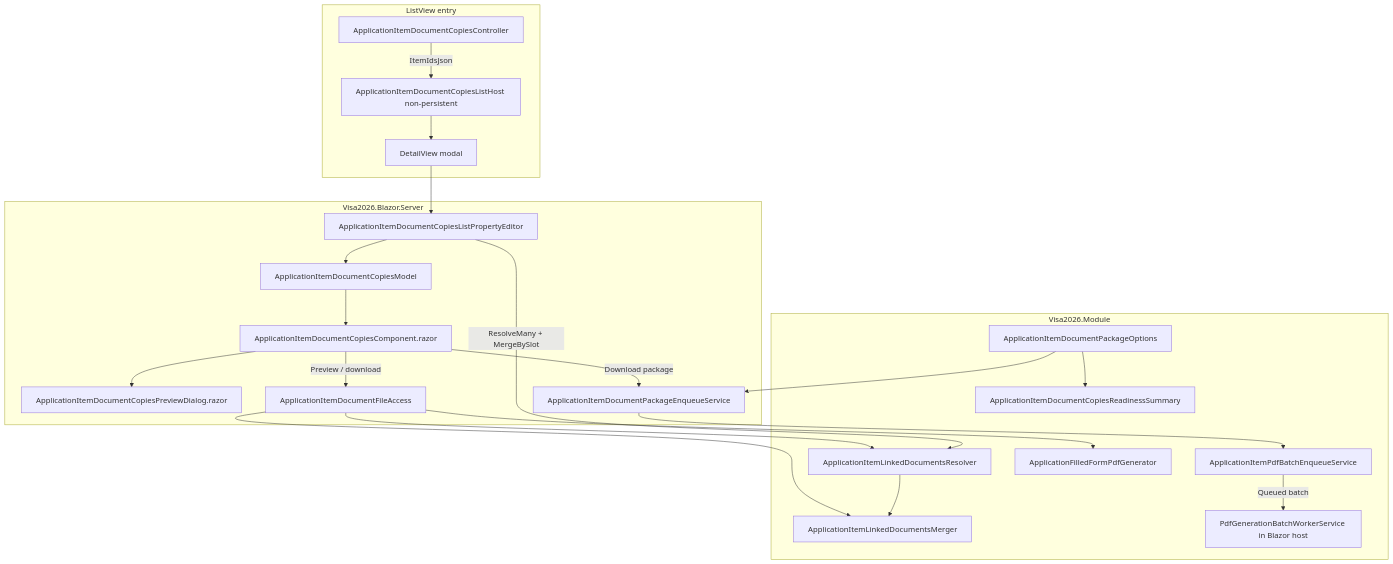
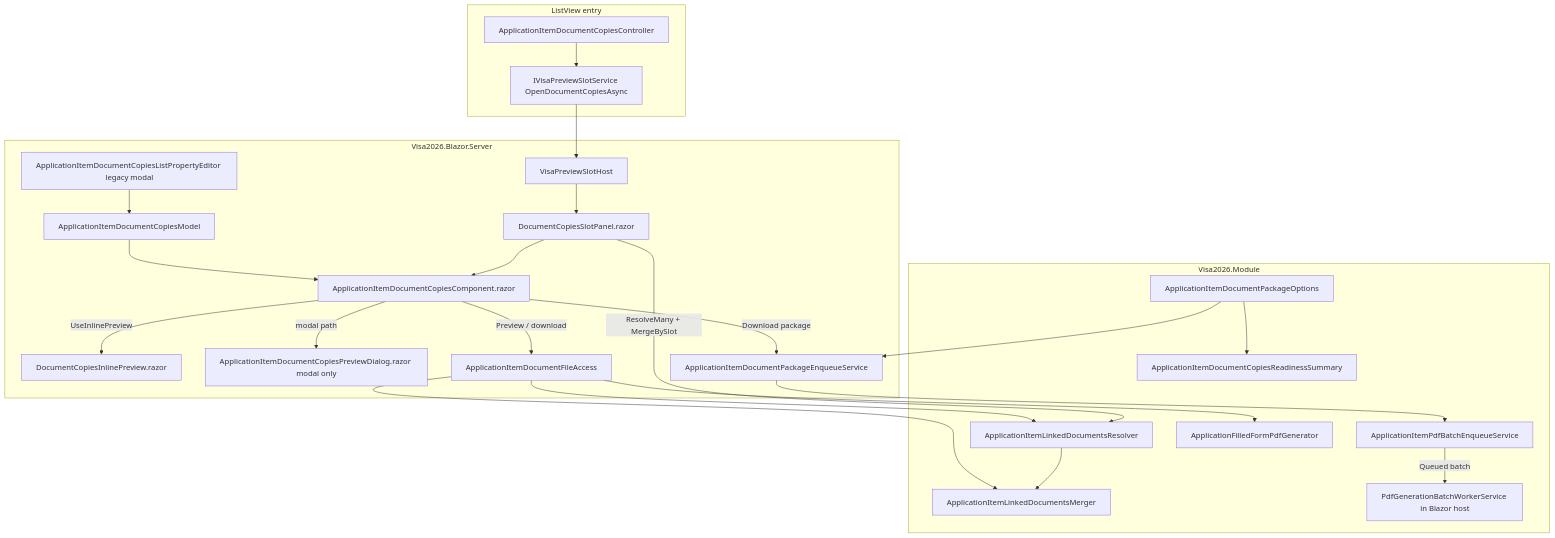
The second of 2 diagrams in docs/APPLICATION_ITEM_DOCUMENT_COPIES.md (webapis/Visa2026), drawn with Mermaid before and after one commit. The commit also changed other lines of this file and 11 other files, not shown here.

First line of the commit message:
Open document copies in the global preview slot instead of a modal.

````diff
--- a/docs/APPLICATION_ITEM_DOCUMENT_COPIES.md
+++ b/docs/APPLICATION_ITEM_DOCUMENT_COPIES.md
@@ -203,37 +201,41 @@
 ```mermaid
 flowchart TB
   subgraph entry [ListView entry]
     ACT[ApplicationItemDocumentCopiesController]
-    HOST[ApplicationItemDocumentCopiesListHost non-persistent]
-    DV[DetailView modal]
+    SLOT[IVisaPreviewSlotService OpenDocumentCopiesAsync]
   end
   subgraph blazor [Visa2026.Blazor.Server]
-    PE[ApplicationItemDocumentCopiesListPropertyEditor]
+    HOST[VisaPreviewSlotHost]
+    PANEL[DocumentCopiesSlotPanel.razor]
+    INLINE[DocumentCopiesInlinePreview.razor]
+    PE[ApplicationItemDocumentCopiesListPropertyEditor legacy modal]
     CM[ApplicationItemDocumentCopiesModel]
     UI[ApplicationItemDocumentCopiesComponent.razor]
-    PRE[ApplicationItemDocumentCopiesPreviewDialog.razor]
+    PRE[ApplicationItemDocumentCopiesPreviewDialog.razor modal only]
     FA[ApplicationItemDocumentFileAccess]
     ENQ[ApplicationItemDocumentPackageEnqueueService]
   end
   subgraph module [Visa2026.Module]
     RES[ApplicationItemLinkedDocumentsResolver]
     MER[ApplicationItemLinkedDocumentsMerger]
     RDY[ApplicationItemDocumentCopiesReadinessSummary]
     OPT[ApplicationItemDocumentPackageOptions]
     BATCH[ApplicationItemPdfBatchEnqueueService]
     FORM[ApplicationFilledFormPdfGenerator]
     WORK[PdfGenerationBatchWorkerService in Blazor host]
   end
-  ACT -->|ItemIdsJson| HOST --> DV --> PE
-  PE -->|ResolveMany + MergeBySlot| RES --> MER
+  ACT --> SLOT --> HOST --> PANEL
+  PANEL -->|ResolveMany + MergeBySlot| RES --> MER
+  PANEL --> UI
+  UI -->|UseInlinePreview| INLINE
   PE --> CM --> UI
-  UI --> PRE
+  UI -->|modal path| PRE
   UI -->|Preview / download| FA
   UI -->|Download package| ENQ --> BATCH
   BATCH -->|Queued batch| WORK
   FA --> FORM
   FA --> RES
   FA --> MER
   OPT --> RDY
   OPT --> ENQ
 ```
````
